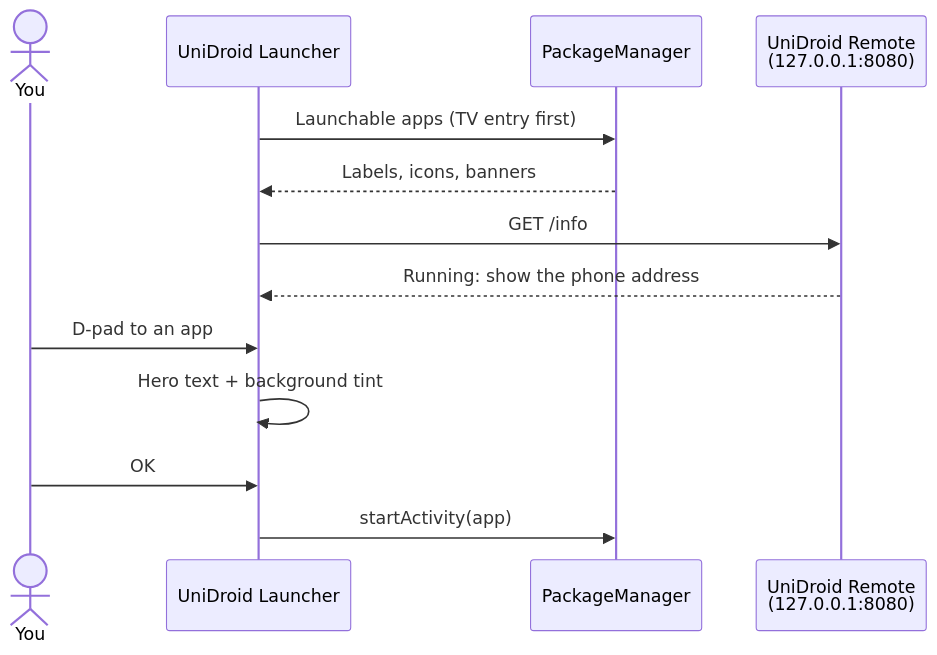
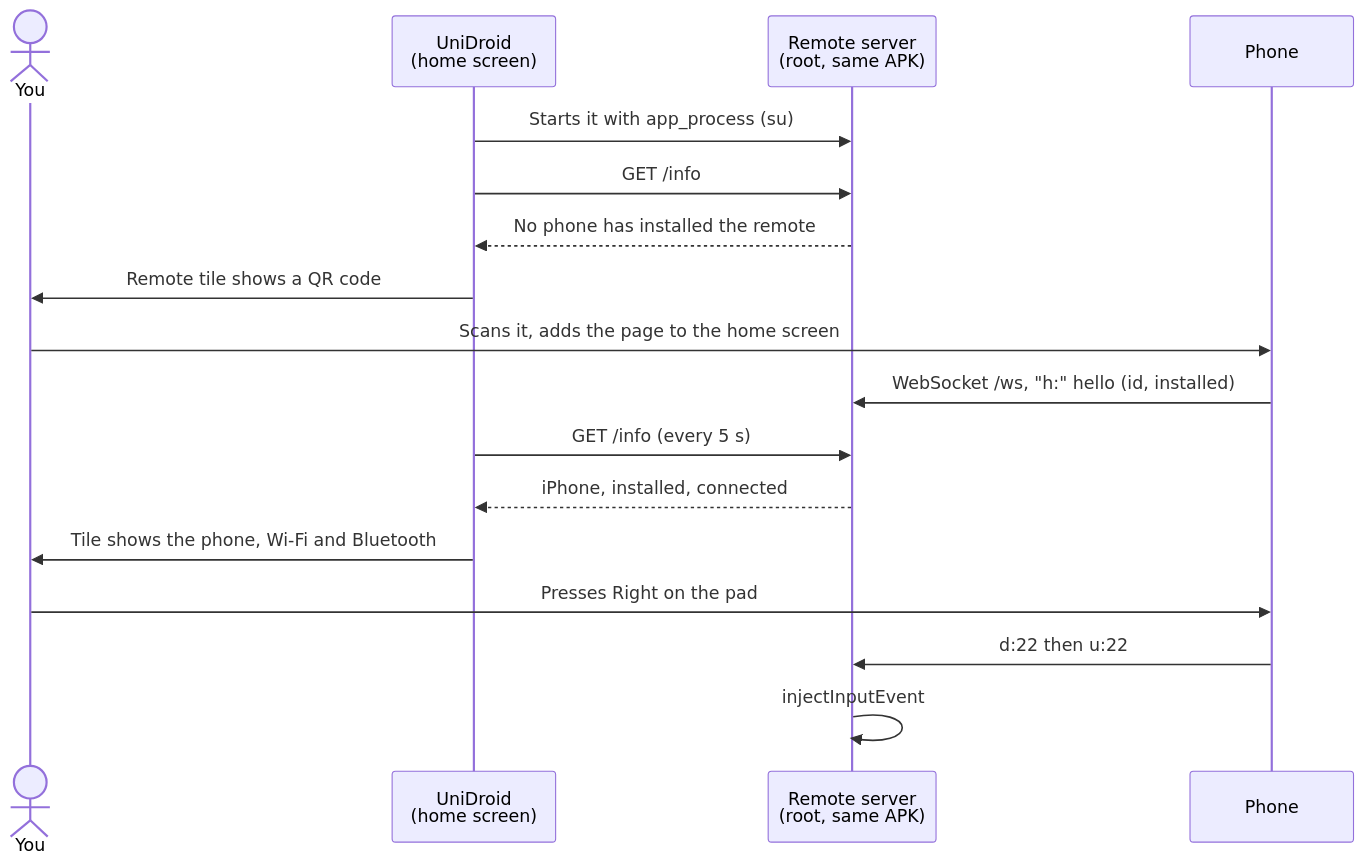
Before and after one commit to trk78/unidroid-suite: the diagram in README.md, drawn with Mermaid. The commit also changed other lines of this file and 17 other files, not shown here.

First line of the commit message:
feat: UniDroid Suite 0.3.0 - the remote lives in the launcher

````diff
--- a/README.md
+++ b/README.md
@@ -36,16 +54,20 @@
 ```mermaid
 sequenceDiagram
     actor U as You
-    participant L as UniDroid Launcher
-    participant P as PackageManager
-    participant R as UniDroid Remote<br/>(127.0.0.1:8080)
+    participant L as UniDroid<br/>(home screen)
+    participant S as Remote server<br/>(root, same APK)
+    participant P as Phone
 
-    L->>P: Launchable apps (TV entry first)
-    P-->>L: Labels, icons, banners
-    L->>R: GET /info
-    R-->>L: Running: show the phone address
-    U->>L: D-pad to an app
-    L->>L: Hero text + background tint
-    U->>L: OK
-    L->>P: startActivity(app)
+    L->>S: Starts it with app_process (su)
+    L->>S: GET /info
+    S-->>L: No phone has installed the remote
+    L->>U: Remote tile shows a QR code
+    U->>P: Scans it, adds the page to the home screen
+    P->>S: WebSocket /ws, "h:" hello (id, installed)
+    L->>S: GET /info (every 5 s)
+    S-->>L: iPhone, installed, connected
+    L->>U: Tile shows the phone, Wi-Fi and Bluetooth
+    U->>P: Presses Right on the pad
+    P->>S: d:22 then u:22
+    S->>S: injectInputEvent
 ```
````
